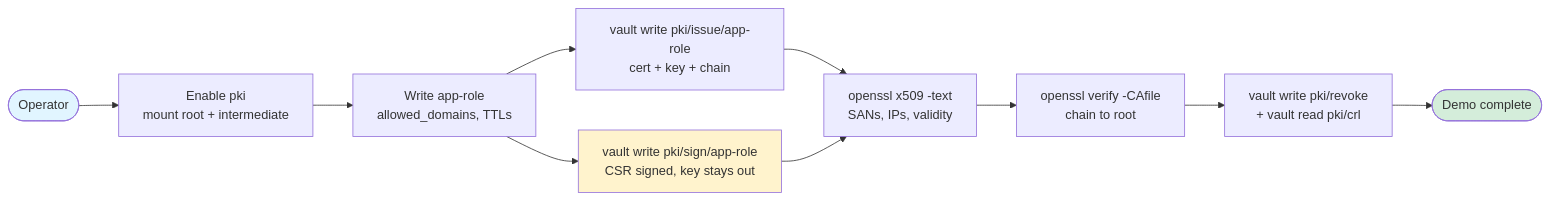
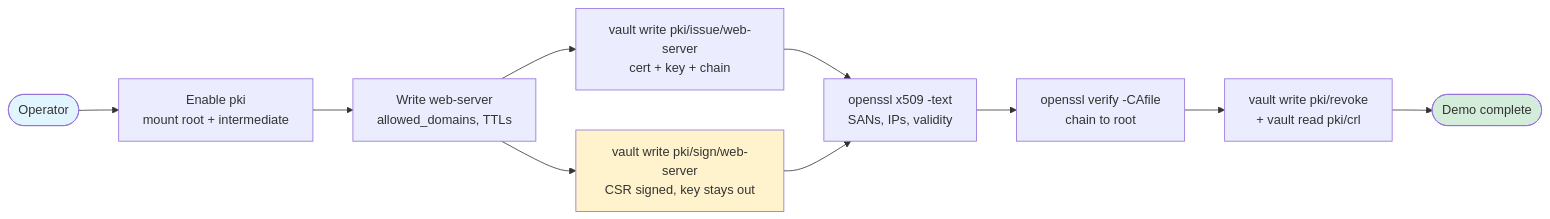
Before and after one commit to songlining/pki: the first of 6 diagrams in docs/demos.md, drawn with Mermaid. The commit also changed other lines of this file and 20 other files, not shown here.

First line of the commit message:
Add deck-api presenterm deck; rename PKI role app-role to web-server

````diff
--- a/docs/demos.md
+++ b/docs/demos.md
@@ -38,16 +38,16 @@
 ```mermaid
 flowchart LR
     Op([Operator]) --> Mount[Enable pki<br/>mount root + intermediate]
-    Mount --> Role[Write app-role<br/>allowed_domains, TTLs]
-    Role --> Issue[vault write pki/issue/app-role<br/>cert + key + chain]
-    Role --> Sign[vault write pki/sign/app-role<br/>CSR signed, key stays out]
+    Mount --> Role[Write web-server<br/>allowed_domains, TTLs]
+    Role --> Issue[vault write pki/issue/web-server<br/>cert + key + chain]
+    Role --> Sign[vault write pki/sign/web-server<br/>CSR signed, key stays out]
     Issue --> Inspect[openssl x509 -text<br/>SANs, IPs, validity]
     Sign --> Inspect
     Inspect --> Verify[openssl verify -CAfile<br/>chain to root]
     Verify --> Revoke[vault write pki/revoke<br/>+ vault read pki/crl]
     Revoke --> Done([Demo complete])
 
     style Op fill:#e1f5ff
     style Done fill:#d4edda
     style Sign fill:#fff3cd
 ```
````
